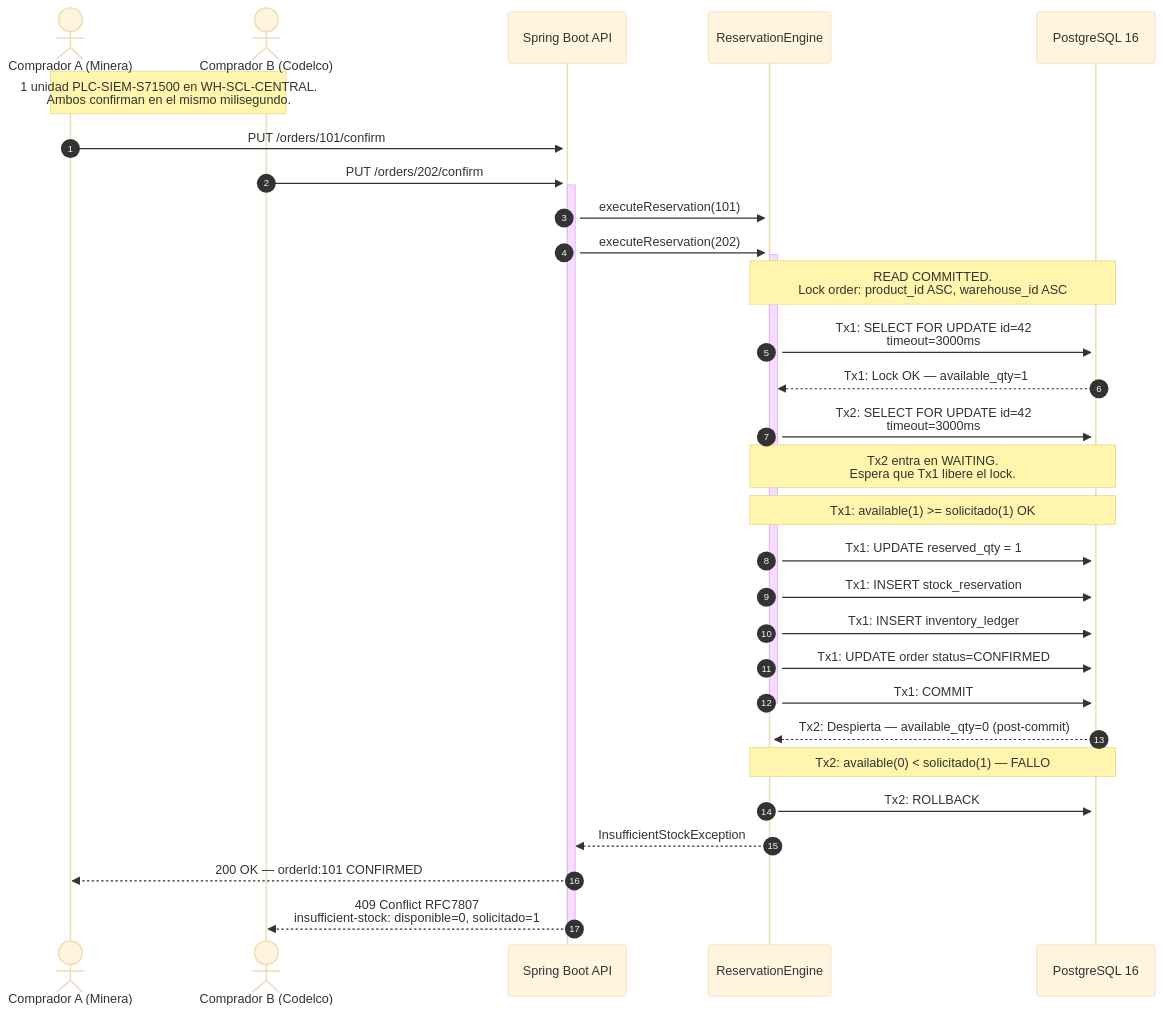
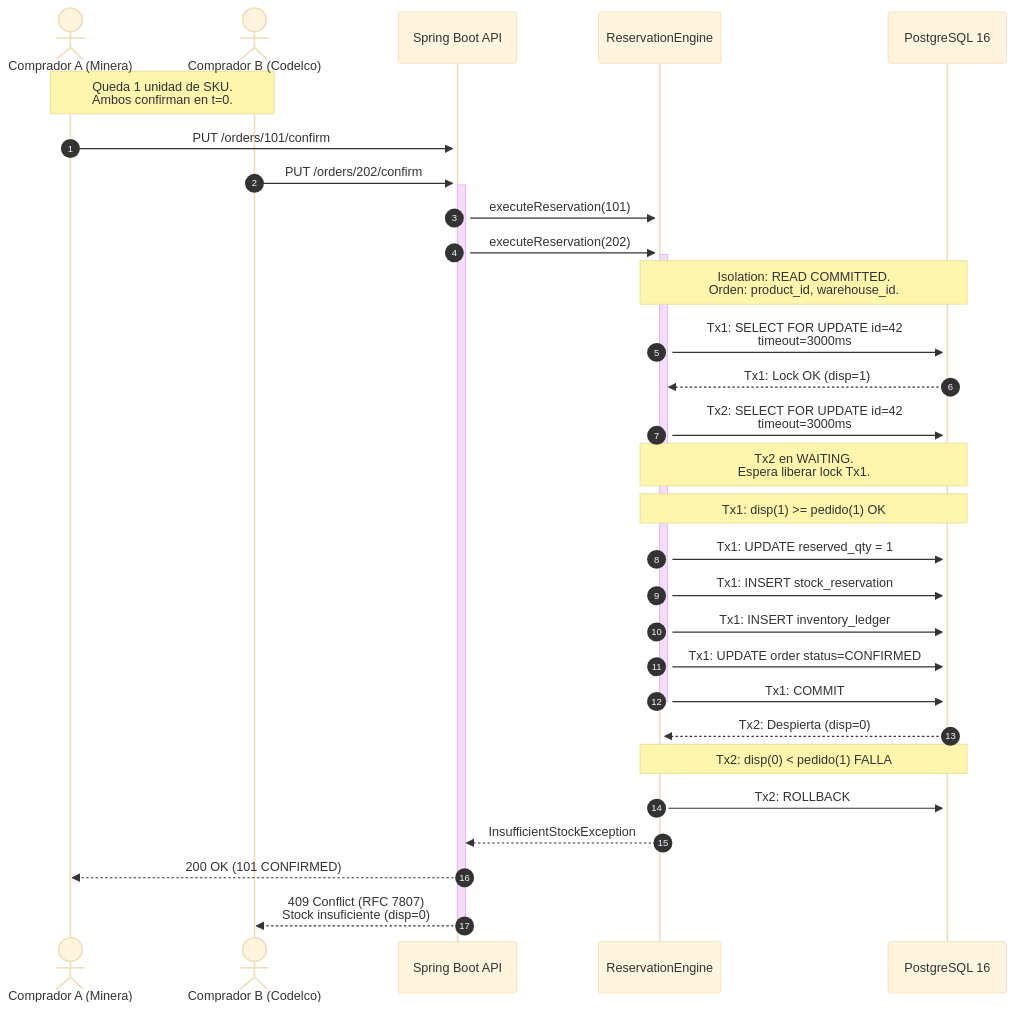
Before and after one commit to vivenegasl/stockpilot-b2b: the sixth of 6 diagrams in docs/architecture/ARCHITECTURE.md, drawn with Mermaid (base theme). The commit also changed other lines of this file and 1 other file, not shown here.

Commit message:
docs(architecture): wrap state notes and sequence labels to prevent text cut-off on GitHub

````diff
--- a/docs/architecture/ARCHITECTURE.md
+++ b/docs/architecture/ARCHITECTURE.md
@@ -304,41 +307,41 @@
 ```mermaid
 sequenceDiagram
     autonumber
     actor A as Comprador A (Minera)
     actor B as Comprador B (Codelco)
     participant API as Spring Boot API
     participant Engine as ReservationEngine
     participant DB as PostgreSQL 16
 
-    Note over A,B: 1 unidad PLC-SIEM-S71500 en WH-SCL-CENTRAL.<br/>Ambos confirman en el mismo milisegundo.
+    Note over A,B: Queda 1 unidad de SKU.<br/>Ambos confirman en t=0.
 
     A->>+API: PUT /orders/101/confirm
     B->>+API: PUT /orders/202/confirm
 
     API->>+Engine: executeReservation(101)
     API->>+Engine: executeReservation(202)
 
-    Note over Engine,DB: READ COMMITTED.<br/>Lock order: product_id ASC, warehouse_id ASC
+    Note over Engine,DB: Isolation: READ COMMITTED.<br/>Orden: product_id, warehouse_id.
 
     Engine->>+DB: Tx1: SELECT FOR UPDATE id=42<br/>timeout=3000ms
-    DB-->>Engine: Tx1: Lock OK — available_qty=1
+    DB-->>Engine: Tx1: Lock OK (disp=1)
 
     Engine->>DB: Tx2: SELECT FOR UPDATE id=42<br/>timeout=3000ms
-    Note over Engine,DB: Tx2 entra en WAITING.<br/>Espera que Tx1 libere el lock.
+    Note over Engine,DB: Tx2 en WAITING.<br/>Espera liberar lock Tx1.
 
-    Note over Engine,DB: Tx1: available(1) >= solicitado(1) OK
+    Note over Engine,DB: Tx1: disp(1) >= pedido(1) OK
     Engine->>DB: Tx1: UPDATE reserved_qty = 1
     Engine->>DB: Tx1: INSERT stock_reservation
     Engine->>DB: Tx1: INSERT inventory_ledger
     Engine->>DB: Tx1: UPDATE order status=CONFIRMED
     Engine->>-DB: Tx1: COMMIT
 
-    DB-->>Engine: Tx2: Despierta — available_qty=0 (post-commit)
+    DB-->>Engine: Tx2: Despierta (disp=0)
 
-    Note over Engine,DB: Tx2: available(0) < solicitado(1) — FALLO
+    Note over Engine,DB: Tx2: disp(0) < pedido(1) FALLA
     Engine->>DB: Tx2: ROLLBACK
     Engine-->>API: InsufficientStockException
 
-    API-->>A: 200 OK — orderId:101 CONFIRMED
-    API-->>-B: 409 Conflict RFC7807<br/>insufficient-stock: disponible=0, solicitado=1
+    API-->>A: 200 OK (101 CONFIRMED)
+    API-->>-B: 409 Conflict (RFC 7807)<br/>Stock insuficiente (disp=0)
 ```
````
